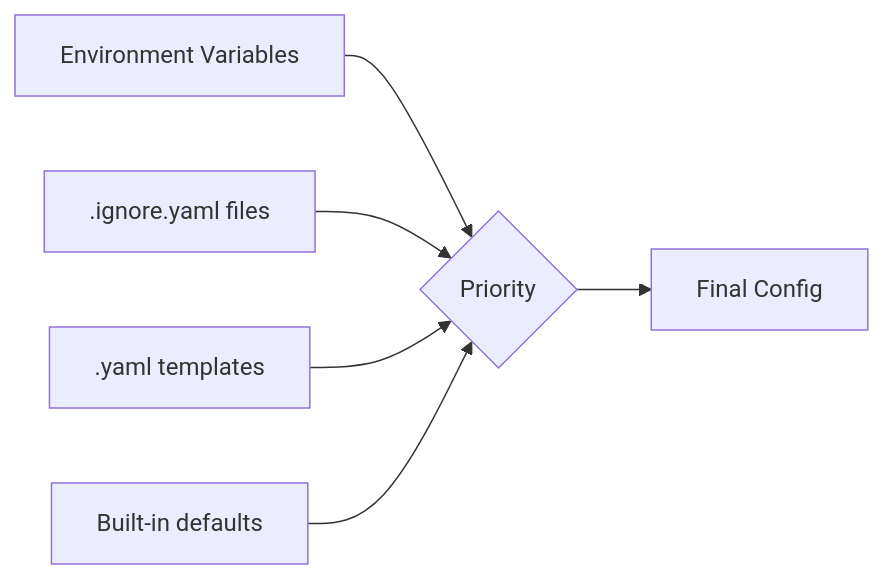
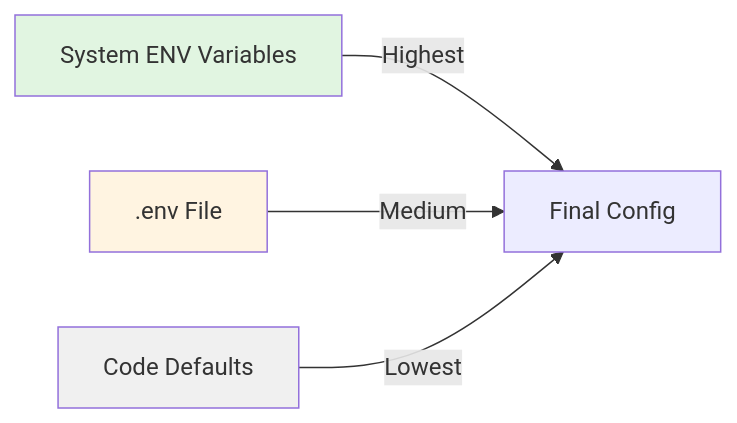
One commit to markolofsen/django-cfg changed the diagram in docs/fundamentals/configuration/environment.md. Above: the diagram before and after it, drawn with Mermaid. The commit also changed other lines of this file and 3855 other files, not shown here.

````diff
--- a/docs/fundamentals/configuration/environment.md
+++ b/docs/fundamentals/configuration/environment.md
@@ -330,8 +29,10 @@
 ```mermaid
 graph LR
-    A[Environment Variables] --> B{Priority}
-    C[.ignore.yaml files] --> B
-    D[.yaml templates] --> B
-    E[Built-in defaults] --> B
-    B --> F[Final Config]
+    A[System ENV Variables] -->|Highest| D[Final Config]
+    B[.env File] -->|Medium| D
+    C[Code Defaults] -->|Lowest| D
+
+    style A fill:#e1f5e1
+    style B fill:#fff4e1
+    style C fill:#f0f0f0
 ```
````
